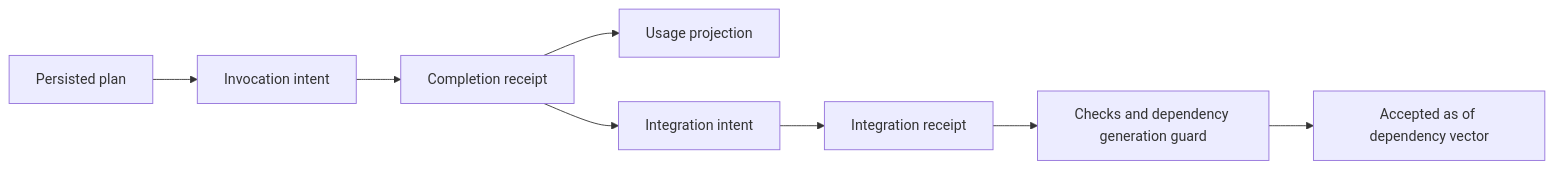
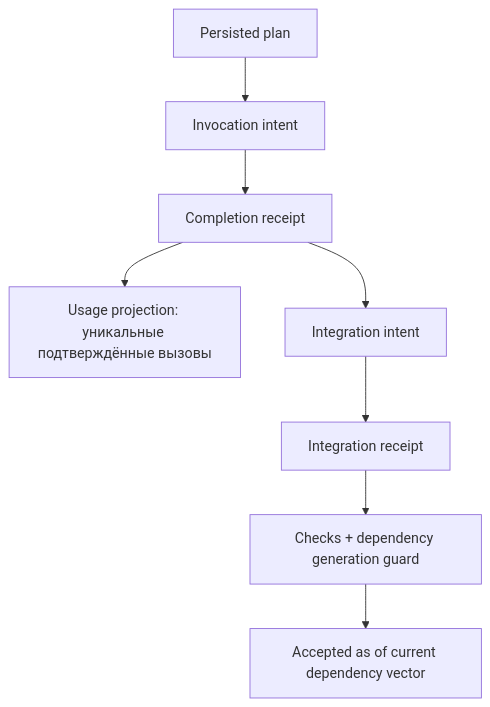
Before and after one commit to SUKUNA-AI/agent-harness: the diagram in docs/STABILIZATION_RU.md, drawn with Mermaid. The commit also changed other lines of this file and 62 other files, not shown here.

First line of the commit message:
docs: align all current guides and diagrams with Agent Harness 1.6.0

````diff
--- a/docs/STABILIZATION_RU.md
+++ b/docs/STABILIZATION_RU.md
@@ -20,10 +30,18 @@
 ```mermaid
-flowchart LR
-  P[Persisted plan] --> I[Invocation intent]
-  I --> C[Completion receipt]
-  C --> U[Usage projection]
-  C --> T[Integration intent]
-  T --> R[Integration receipt]
-  R --> G[Checks and dependency generation guard]
-  G --> A[Accepted as of dependency vector]
+flowchart TD
+    P["Persisted plan"]
+    I["Invocation intent"]
+    C["Completion receipt"]
+    U["Usage projection: уникальные подтверждённые вызовы"]
+    T["Integration intent"]
+    R["Integration receipt"]
+    G["Checks + dependency generation guard"]
+    A["Accepted as of current dependency vector"]
+    P --> I
+    I --> C
+    C --> U
+    C --> T
+    T --> R
+    R --> G
+    G --> A
 ```
````
